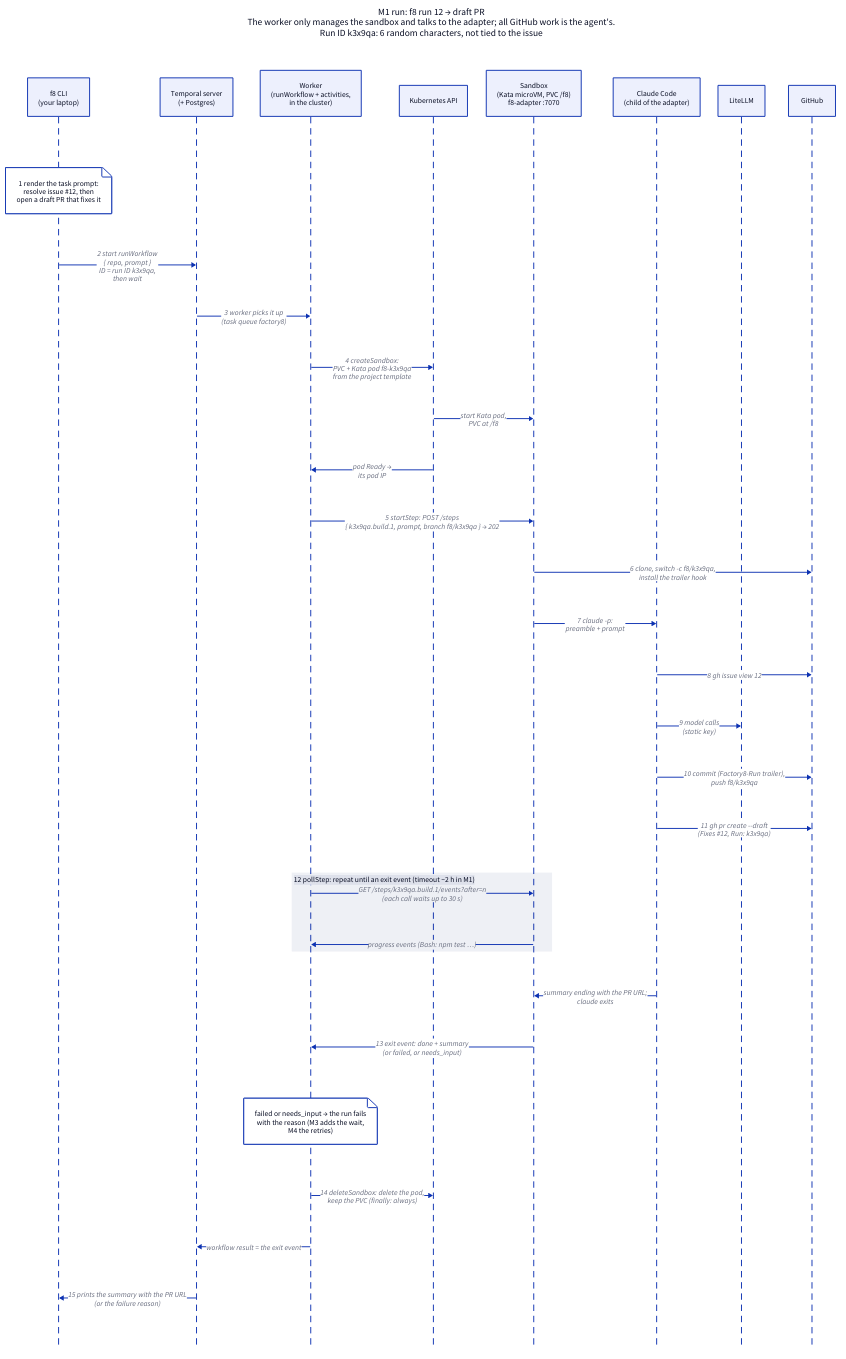
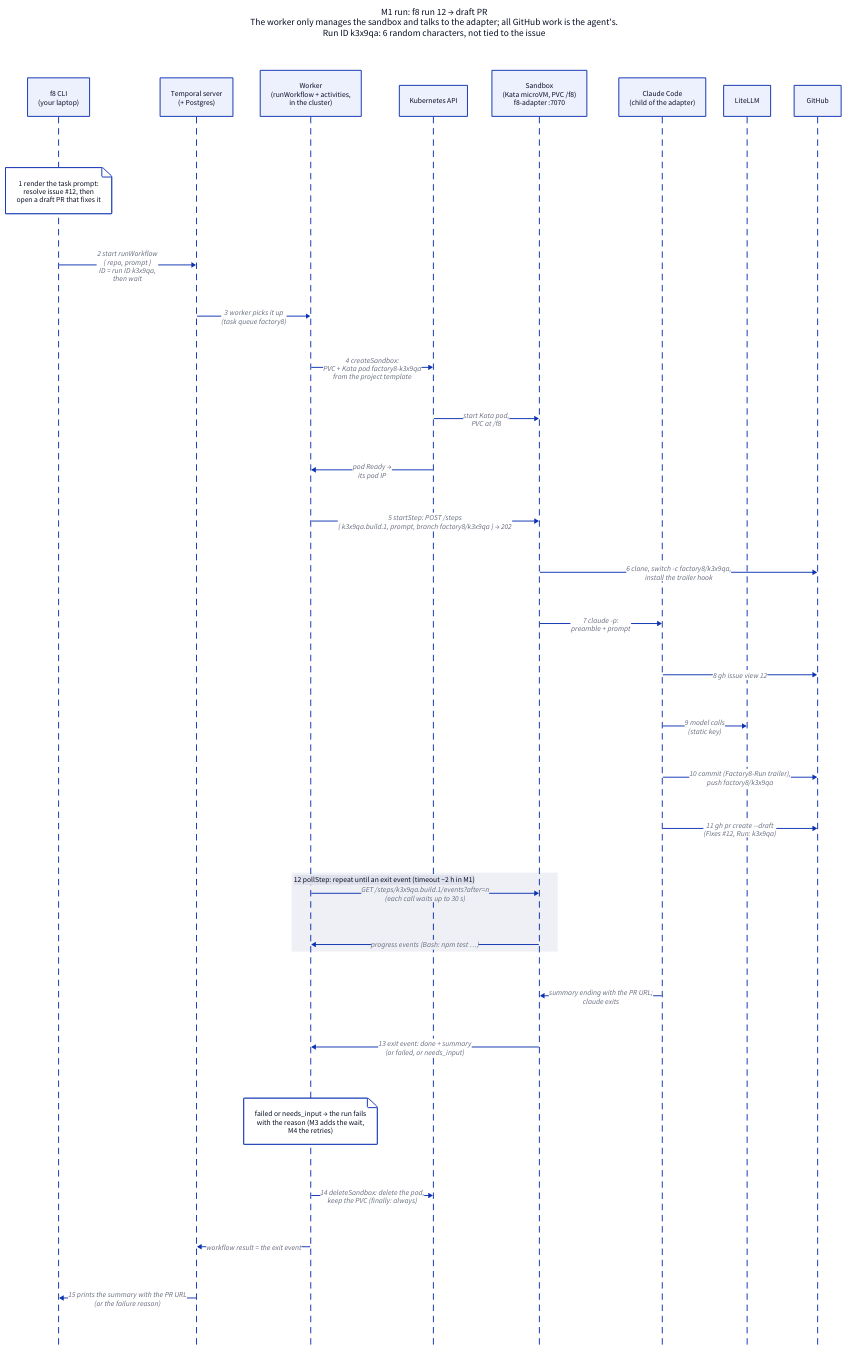
One commit to factory8/factory8 changed the diagram in docs/site/m1-run.d2. Above: the diagram before and after it, drawn with D2. The commit also changed 45 other files, not shown here.

```diff
--- a/docs/site/m1-run.d2
+++ b/docs/site/m1-run.d2
@@ -1,43 +1,43 @@
 title: "M1 run: f8 run 12 → draft PR\nThe worker only manages the sandbox and talks to the adapter; all GitHub work is the agent's.\nRun ID k3x9qa: 6 random characters, not tied to the issue" {
   near: top-center
   shape: text
   style.font-size: 20
 }
 
 seq: "" {
   shape: sequence_diagram
   u: "f8 CLI\n(your laptop)"
   t: "Temporal server\n(+ Postgres)"
   w: "Worker\n(runWorkflow + activities,\nin the cluster)"
   k: "Kubernetes API"
   s: "Sandbox\n(Kata microVM, PVC /f8)\nf8-adapter :7070"
   a: "Claude Code\n(child of the adapter)"
   l: LiteLLM
   g: GitHub
 
   u."1 render the task prompt:\nresolve issue #12, then\nopen a draft PR that fixes it"
   u -> t: "2 start runWorkflow\n{ repo, prompt }\nID = run ID k3x9qa,\nthen wait"
   t -> w: "3 worker picks it up\n(task queue factory8)"
-  w -> k: "4 createSandbox:\nPVC + Kata pod f8-k3x9qa\nfrom the project template"
+  w -> k: "4 createSandbox:\nPVC + Kata pod factory8-k3x9qa\nfrom the project template"
   k -> s: "start Kata pod,\nPVC at /f8"
   k -> w: "pod Ready →\nits pod IP"
-  w -> s: "5 startStep: POST /steps\n{ k3x9qa.build.1, prompt, branch f8/k3x9qa } → 202"
-  s -> g: "6 clone, switch -c f8/k3x9qa,\ninstall the trailer hook"
+  w -> s: "5 startStep: POST /steps\n{ k3x9qa.build.1, prompt, branch factory8/k3x9qa } → 202"
+  s -> g: "6 clone, switch -c factory8/k3x9qa,\ninstall the trailer hook"
   s -> a: "7 claude -p:\npreamble + prompt"
   a -> g: "8 gh issue view 12"
   a -> l: "9 model calls\n(static key)"
-  a -> g: "10 commit (Factory8-Run trailer),\npush f8/k3x9qa"
+  a -> g: "10 commit (Factory8-Run trailer),\npush factory8/k3x9qa"
   a -> g: "11 gh pr create --draft\n(Fixes #12, Run: k3x9qa)"
 
   poll: "12 pollStep: repeat until an exit event (timeout ~2 h in M1)" {
     w -> s: "GET /steps/k3x9qa.build.1/events?after=n\n(each call waits up to 30 s)"
     s -> w: "progress events (Bash: npm test …)"
   }
 
   a -> s: "summary ending with the PR URL;\nclaude exits"
   s -> w: "13 exit event: done + summary\n(or failed, or needs_input)"
   w."failed or needs_input → the run fails\nwith the reason (M3 adds the wait,\nM4 the retries)"
   w -> k: "14 deleteSandbox: delete the pod,\nkeep the PVC (finally: always)"
   w -> t: "workflow result = the exit event"
   t -> u: "15 prints the summary with the PR URL\n(or the failure reason)"
 }
```
